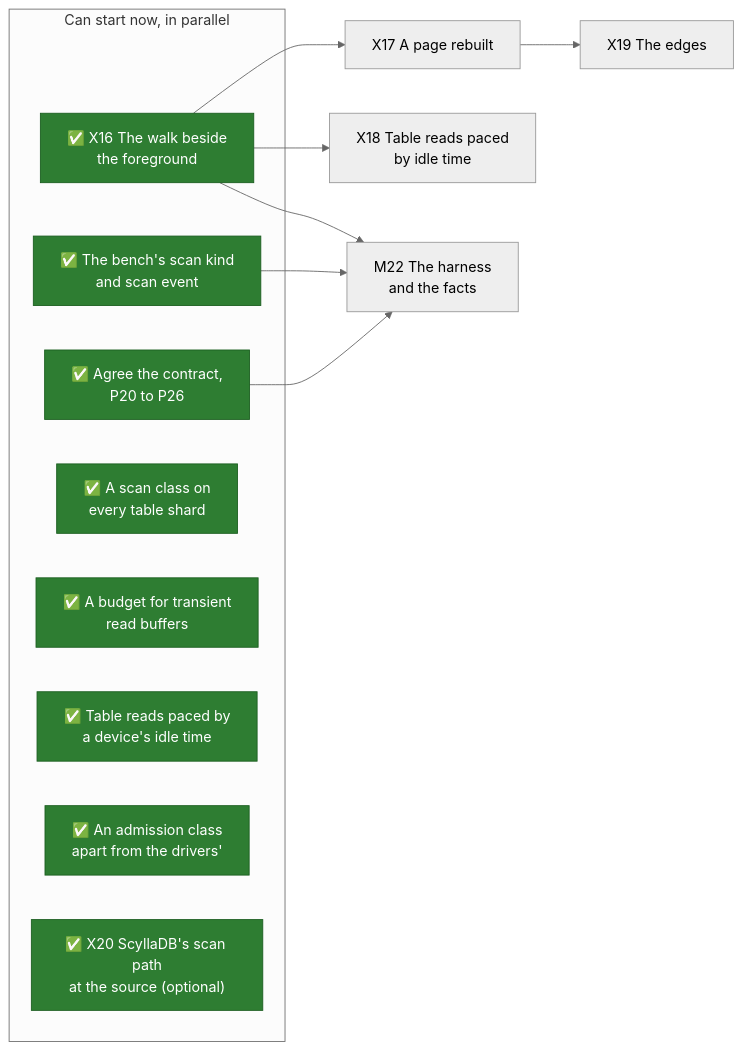
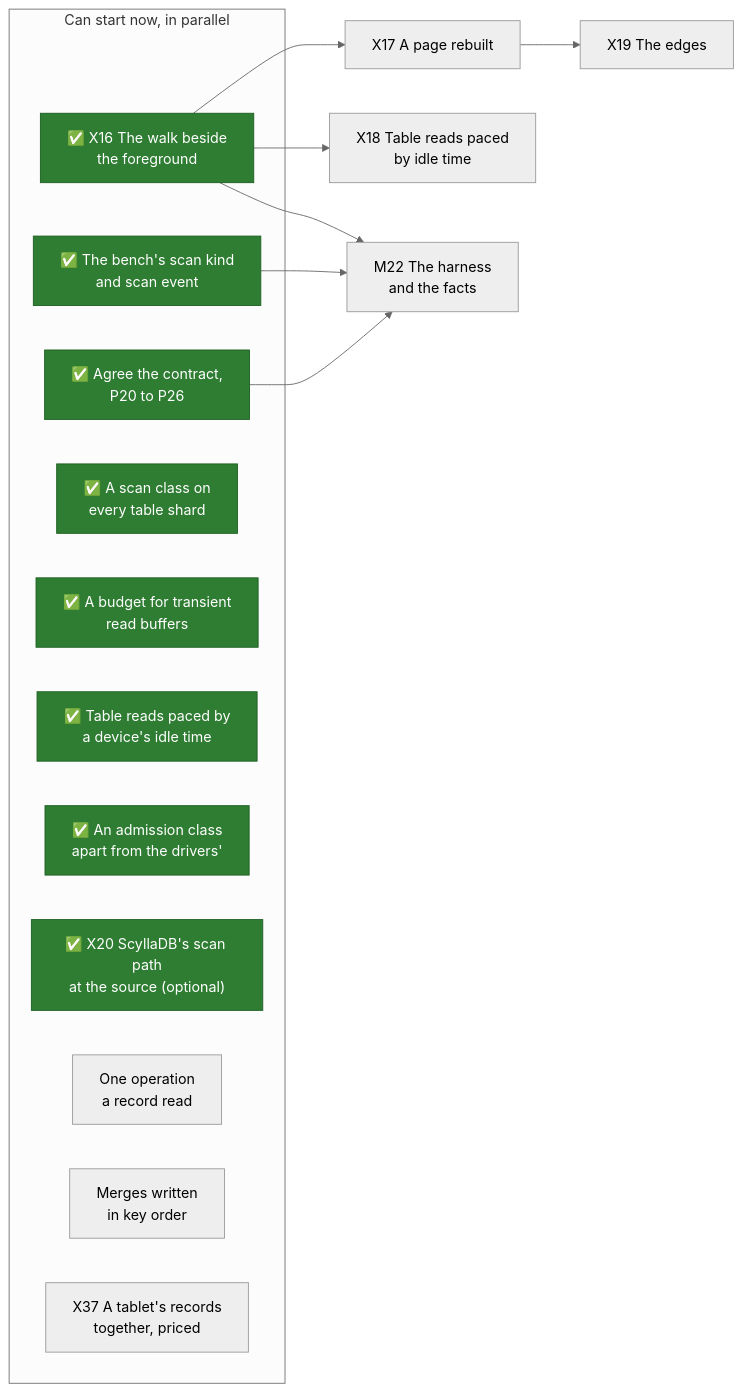
Before and after one commit to mjcarson/shoal: the first of 2 diagrams in docs/src/future-work/scans/whats-left-todo.md, drawn with Mermaid (neutral theme). The commit also changed other lines of this file and 22 other files, not shown here.

````diff
--- a/docs/src/future-work/scans/whats-left-todo.md
+++ b/docs/src/future-work/scans/whats-left-todo.md
@@ -33,25 +34,28 @@
 ```mermaid
 flowchart LR
     classDef done fill:#2e7d32,stroke:#1b5e20,color:#ffffff
     classDef optional stroke-dasharray: 5 5
     subgraph now["Can start now, in parallel"]
         Contract["✅ Agree the contract,<br>P20 to P26"]:::done
         X16["✅ X16 The walk beside<br>the foreground"]:::done
         Bench["✅ The bench's scan kind<br>and scan event"]:::done
         Class["✅ A scan class on<br>every table shard"]:::done
         Budget["✅ A budget for transient<br>read buffers"]:::done
         Pace["✅ Table reads paced by<br>a device's idle time"]:::done
         Admit["✅ An admission class<br>apart from the drivers'"]:::done
         X20["✅ X20 ScyllaDB's scan path<br>at the source (optional)"]:::done
+        Read1["One operation<br>a record read"]
+        Sorted["Merges written<br>in key order"]
+        X37["X37 A tablet's records<br>together, priced"]
     end
     X17["X17 A page rebuilt"]
     X18["X18 Table reads paced<br>by idle time"]
     X19["X19 The edges"]
     M22["M22 The harness<br>and the facts"]
     X16 --> X17
     X16 --> X18
     X17 --> X19
     Contract --> M22
     Bench --> M22
     X16 --> M22
 ```
````
